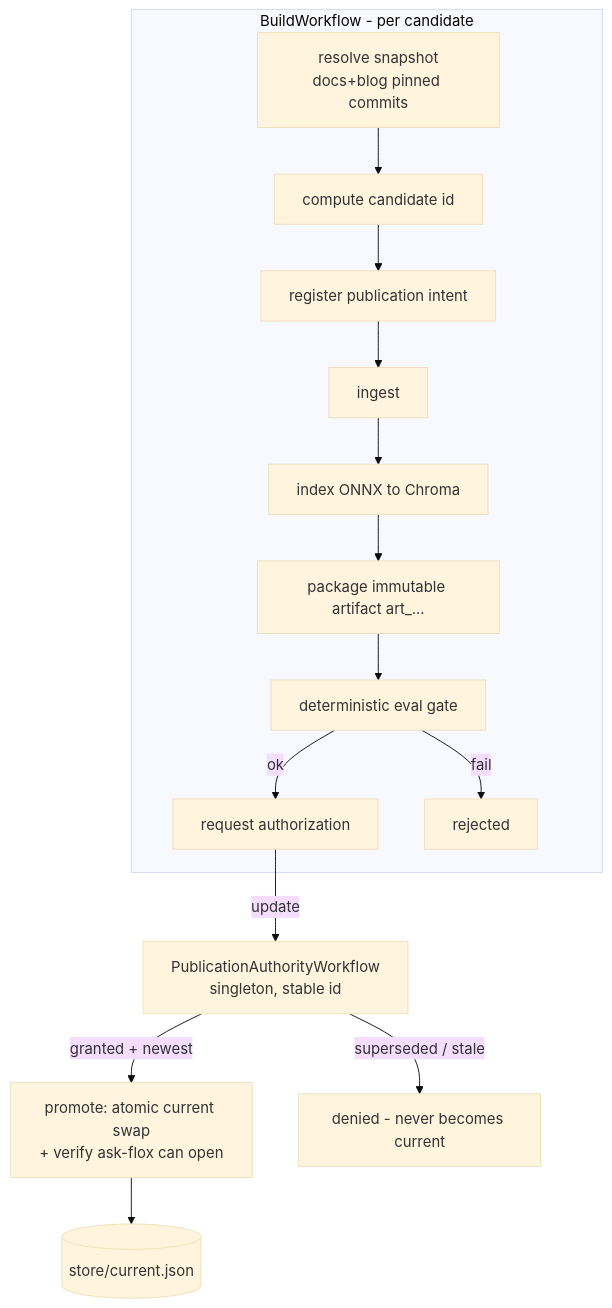
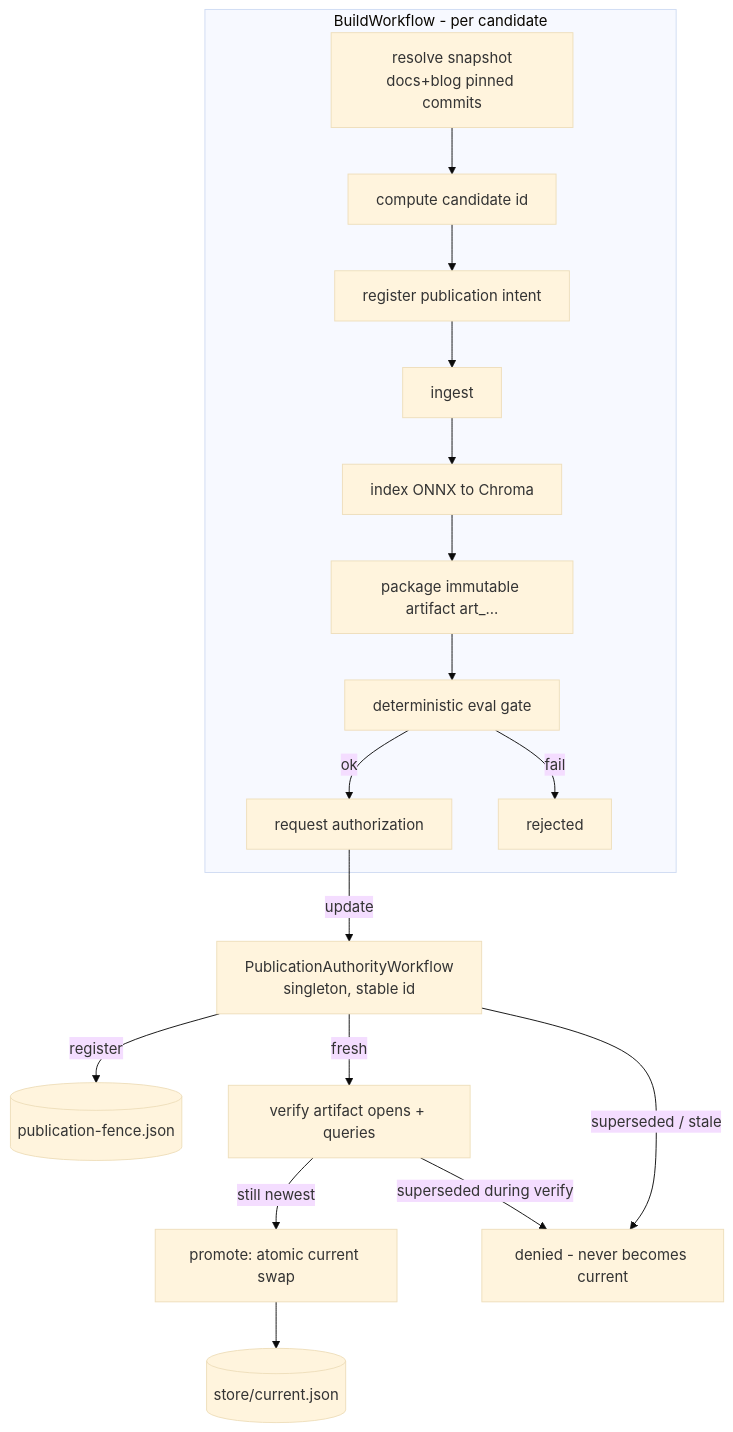
One commit to flox/ai-stacks-as-code changed the diagram in docs/ARCHITECTURE.md. Above: the diagram before and after it, drawn with Mermaid (base theme). The commit also changed other lines of this file and 10 other files, not shown here.

````diff
--- a/docs/ARCHITECTURE.md
+++ b/docs/ARCHITECTURE.md
@@ -44,16 +44,19 @@
 ```mermaid
 flowchart TD
     subgraph BuildWorkflow [BuildWorkflow  - per candidate]
       S[resolve snapshot<br/>docs+blog pinned commits] --> ID[compute candidate id]
       ID --> REG[register publication intent]
       REG --> ING[ingest] --> IDX[index ONNX to Chroma]
       IDX --> PKG[package immutable artifact art_...]
       PKG --> EV[deterministic eval gate]
       EV -->|ok| AUTH[request authorization]
       EV -->|fail| REJ[rejected]
     end
     AUTH -->|update| AW[PublicationAuthorityWorkflow<br/>singleton, stable id]
-    AW -->|granted + newest| PROM[promote: atomic current swap<br/>+ verify ask-flox can open]
+    AW -->|register| FENCE[(publication-fence.json)]
+    AW -->|fresh| VER[verify artifact opens + queries]
+    VER -->|still newest| PROM[promote: atomic current swap]
     AW -->|superseded / stale| SUP[denied - never becomes current]
+    VER -->|superseded during verify| SUP
     PROM --> CUR[(store/current.json)]
 ```
````
